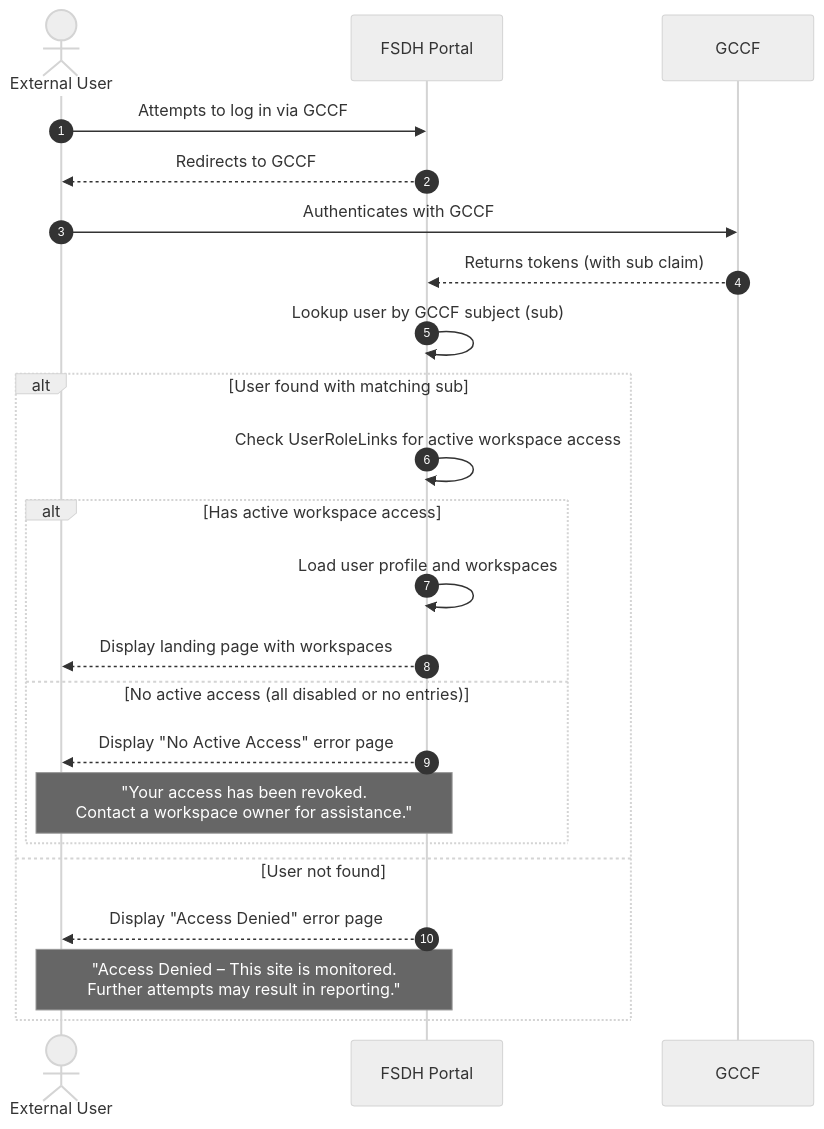
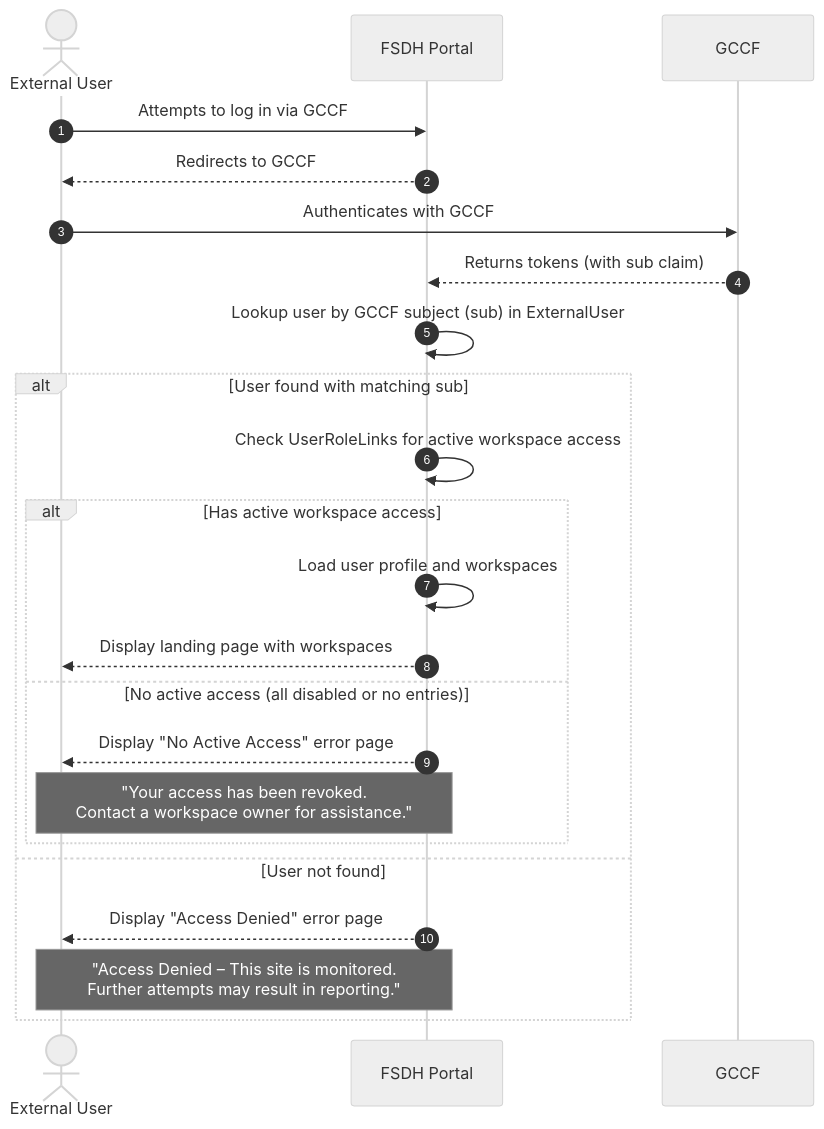
One commit to ssc-sp/datahub-docs changed the second of 11 diagrams in DeveloperGuide/GCCF/oidc_flow.md. Above: the diagram before and after it, drawn with Mermaid (neutral theme).

Commit message:
more details on login flow

````diff
--- a/DeveloperGuide/GCCF/oidc_flow.md
+++ b/DeveloperGuide/GCCF/oidc_flow.md
@@ -39,26 +39,26 @@
 ```mermaid
 sequenceDiagram
     actor User as External User
     participant FSDH as FSDH Portal
     participant GCCF as GCCF
 
     autonumber
     User->>FSDH: Attempts to log in via GCCF
     FSDH-->>User: Redirects to GCCF
     User->>GCCF: Authenticates with GCCF
     GCCF-->>FSDH: Returns tokens (with sub claim)
-    FSDH->>FSDH: Lookup user by GCCF subject (sub)
+    FSDH->>FSDH: Lookup user by GCCF subject (sub) in ExternalUser
     alt User found with matching sub
         FSDH->>FSDH: Check UserRoleLinks for active workspace access
         alt Has active workspace access
             FSDH->>FSDH: Load user profile and workspaces
             FSDH-->>User: Display landing page with workspaces
         else No active access (all disabled or no entries)
             FSDH-->>User: Display "No Active Access" error page
             Note over User,FSDH: "Your access has been revoked.<br/>Contact a workspace owner for assistance."
         end
     else User not found
         FSDH-->>User: Display "Access Denied" error page
         Note over User,FSDH: "Access Denied – This site is monitored.<br/>Further attempts may result in reporting."
     end
 ```
````
